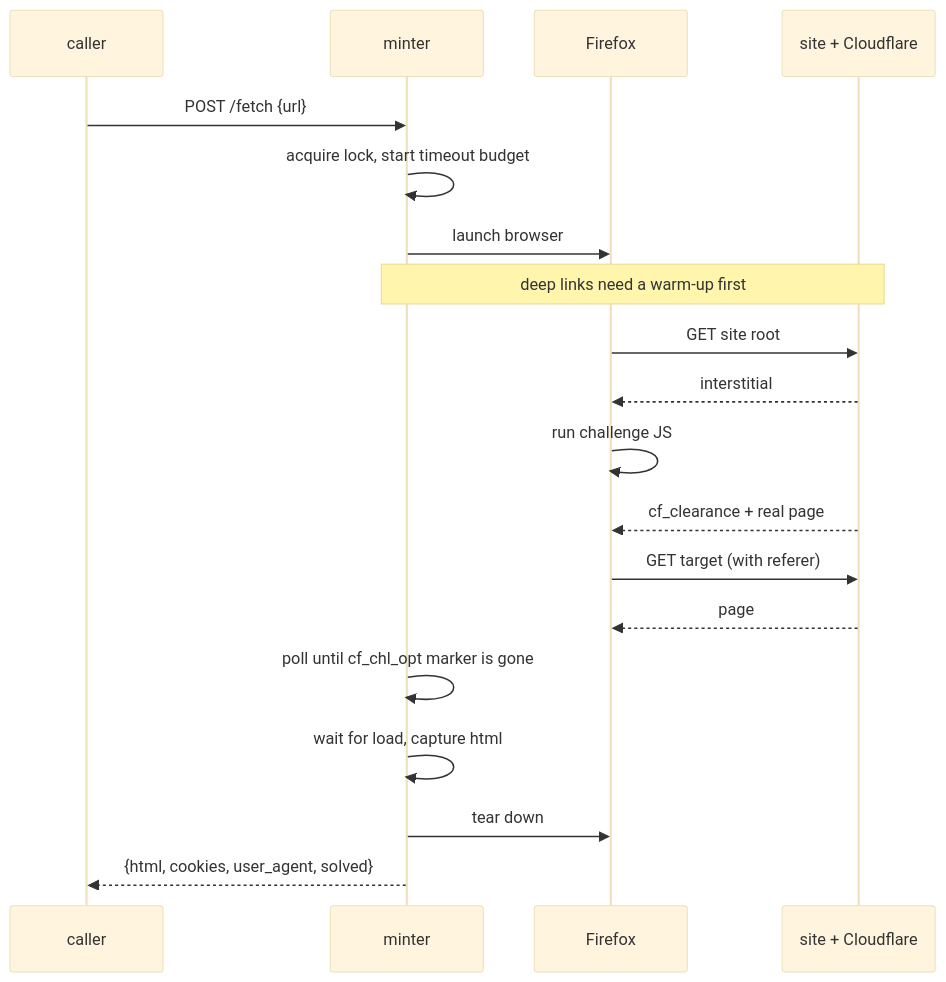
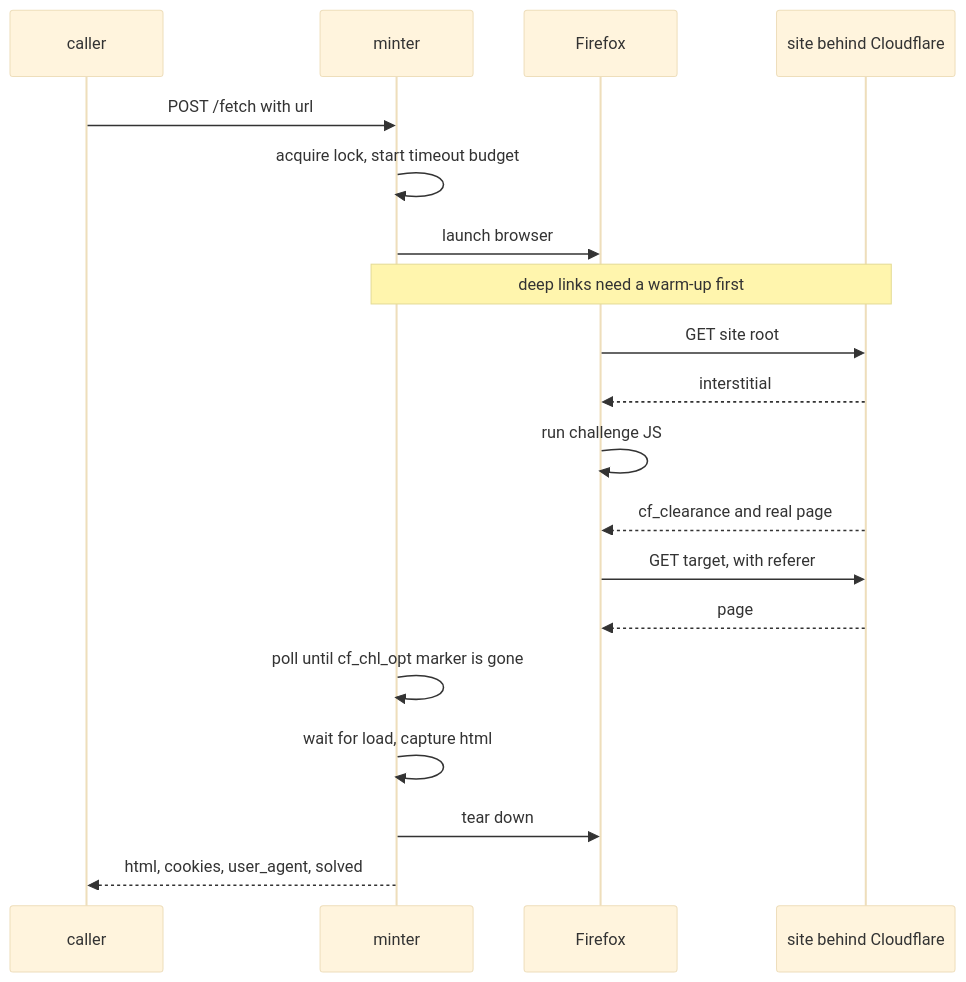
Before and after one commit to DulsaraNethmin/Minter: the second of 2 diagrams in README.md, drawn with Mermaid (base theme). The commit also changed other lines of this file, not shown here.

First line of the commit message:
docs: fix mermaid parse error in the architecture diagram

````diff
--- a/README.md
+++ b/README.md
@@ -62,25 +65,25 @@
 ```mermaid
 sequenceDiagram
     participant C as caller
     participant M as minter
     participant B as Firefox
-    participant CF as site + Cloudflare
+    participant S as site behind Cloudflare
 
-    C->>M: POST /fetch {url}
+    C->>M: POST /fetch with url
     M->>M: acquire lock, start timeout budget
     M->>B: launch browser
 
-    Note over M,CF: deep links need a warm-up first
-    B->>CF: GET site root
-    CF-->>B: interstitial
+    Note over M,S: deep links need a warm-up first
+    B->>S: GET site root
+    S-->>B: interstitial
     B->>B: run challenge JS
-    CF-->>B: cf_clearance + real page
+    S-->>B: cf_clearance and real page
 
-    B->>CF: GET target (with referer)
-    CF-->>B: page
+    B->>S: GET target, with referer
+    S-->>B: page
 
     M->>M: poll until cf_chl_opt marker is gone
     M->>M: wait for load, capture html
     M->>B: tear down
-    M-->>C: {html, cookies, user_agent, solved}
+    M-->>C: html, cookies, user_agent, solved
 ```
````
